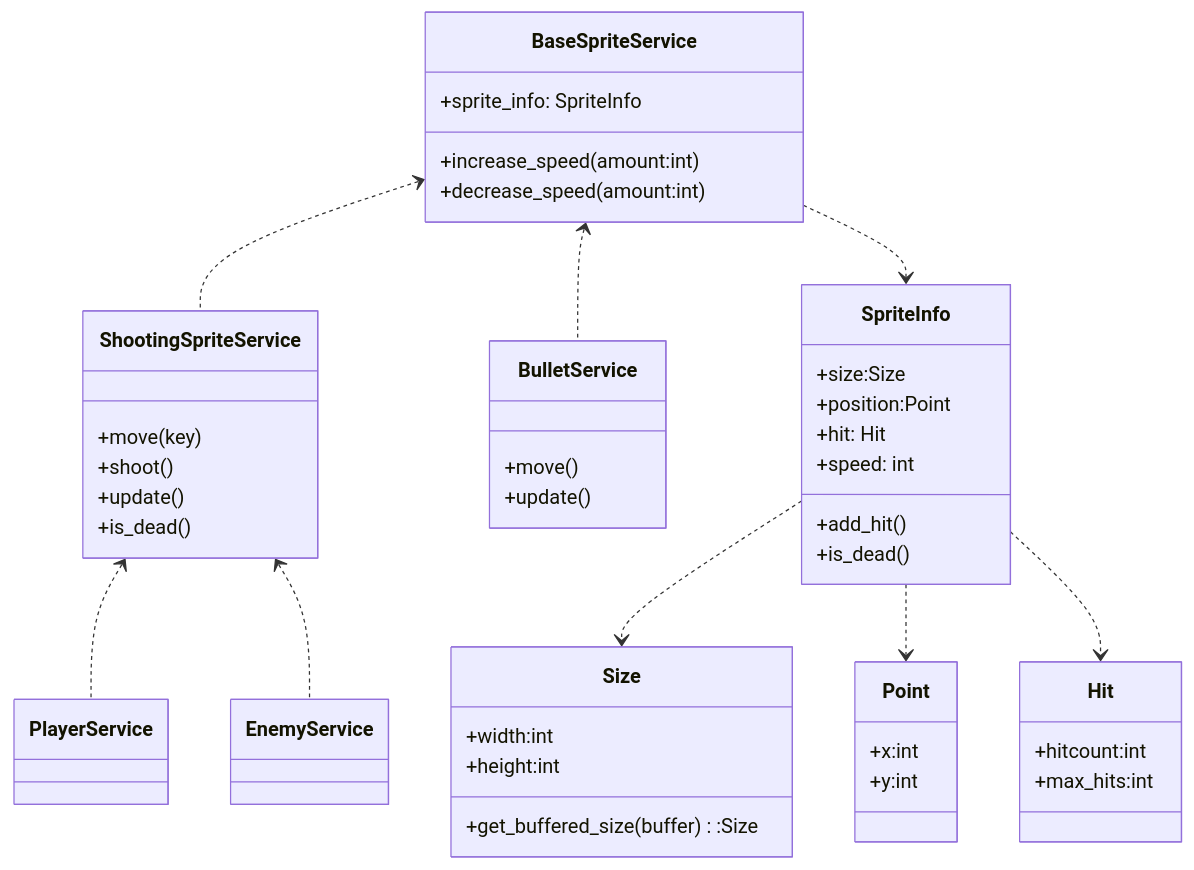
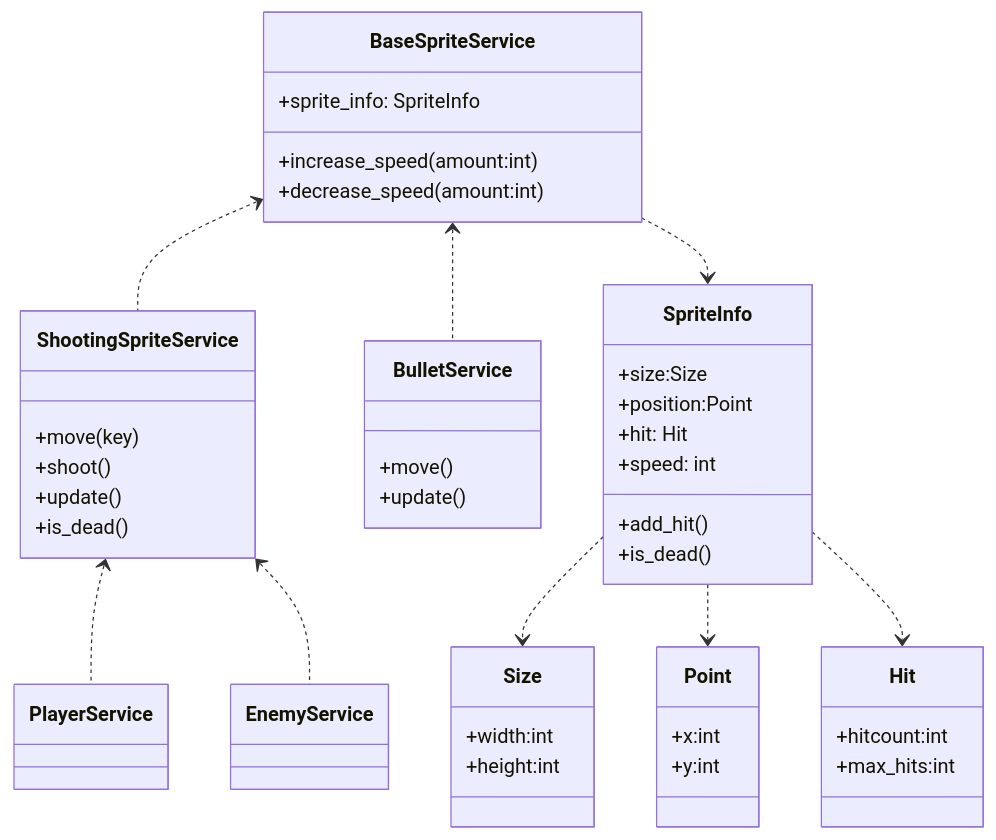
The fifth of 14 diagrams in dokumentaatio/arkkitehtuuri.md (Tapir79/ot-harjoitustyo), drawn with Mermaid before and after one commit. The commit also changed 11 other files, not shown here.

````diff
--- a/dokumentaatio/arkkitehtuuri.md
+++ b/dokumentaatio/arkkitehtuuri.md
@@ -129,65 +129,64 @@
 ```mermaid
 classDiagram
     class BaseSpriteService {
         +sprite_info: SpriteInfo
         +increase_speed(amount:int)
         +decrease_speed(amount:int)
     }
 
     class ShootingSpriteService {
         +move(key)
         +shoot()
         +update()
         +is_dead()
     }
 
     class PlayerService {
        
     }
 
     class EnemyService {
 
     }
 
     class BulletService {
         +move()
         +update()
     }
 
     class SpriteInfo{
         +size:Size
         +position:Point
         +hit: Hit
         +speed: int   
         +add_hit()
         +is_dead()  
     }
 
     class Size{
         +width:int
         +height:int
-        +get_buffered_size(buffer):Size
     }
 
     class  Point{
         +x:int
         +y:int
     }
 
     class  Hit{
         +hitcount:int
         +max_hits:int
     }
  
 
     BaseSpriteService <.. ShootingSpriteService
     BaseSpriteService <.. BulletService
 
     ShootingSpriteService <.. PlayerService
     ShootingSpriteService <.. EnemyService
 
     SpriteInfo ..> Size
     SpriteInfo ..> Point
     SpriteInfo ..> Hit
     BaseSpriteService ..> SpriteInfo
 ```
````
